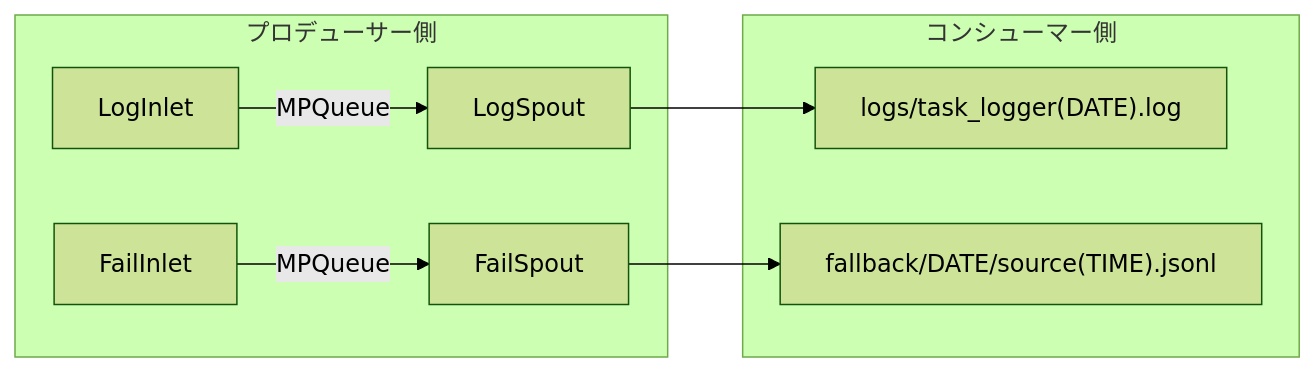
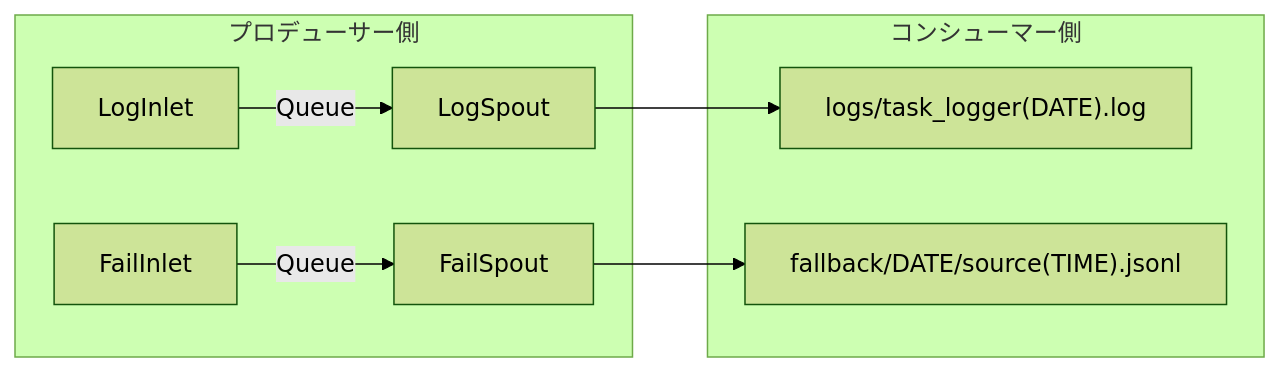
The sixth of 9 diagrams in docs/ja/presentation.md (Mr-xiaotian/CelestialFlow), drawn with Mermaid (forest theme) before and after one commit. The commit also changed other lines of this file and 176 other files, not shown here.

````diff
--- a/docs/ja/presentation.md
+++ b/docs/ja/presentation.md
@@ -339,12 +336,12 @@
 ```mermaid
 graph LR
     subgraph プロデューサー側
-        A[LogInlet] -->|MPQueue| B[LogSpout]
-        C[FailInlet] -->|MPQueue| D[FailSpout]
+        A[LogInlet] -->|Queue| B[LogSpout]
+        C[FailInlet] -->|Queue| D[FailSpout]
     end
 
     subgraph コンシューマー側
         B --> E["logs/task_logger(DATE).log"]
         D --> F["fallback/DATE/source(TIME).jsonl"]
     end
 ```
````
